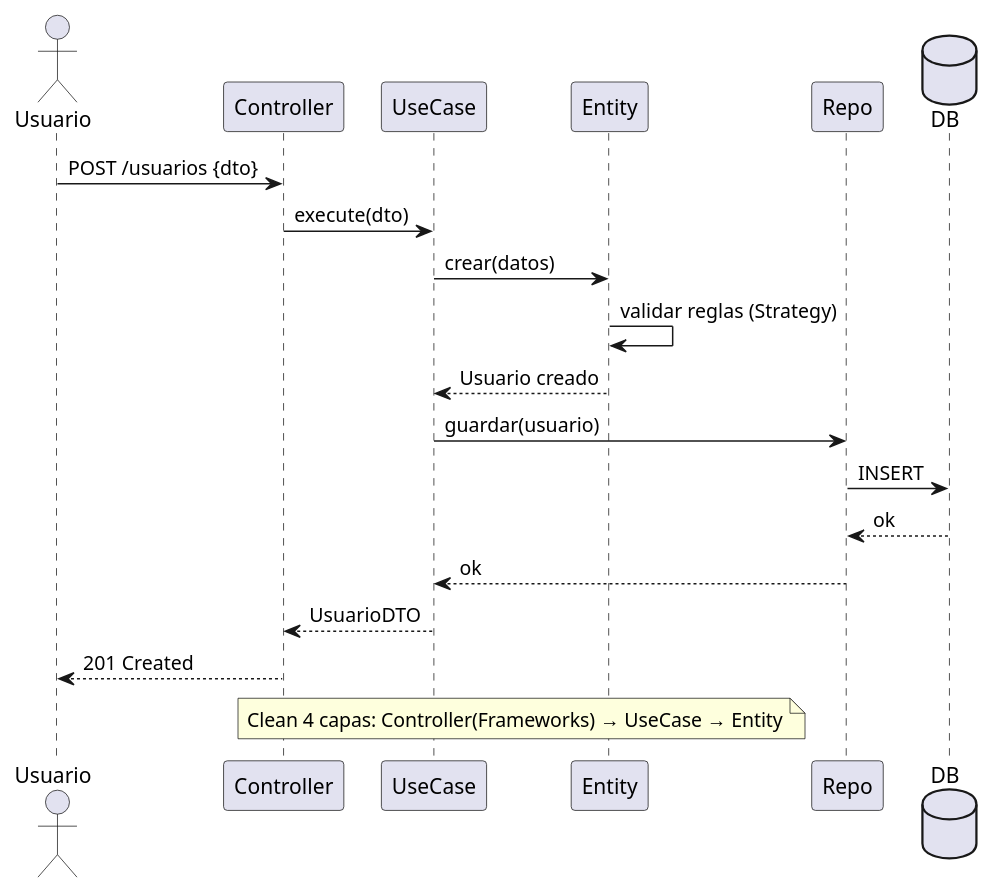
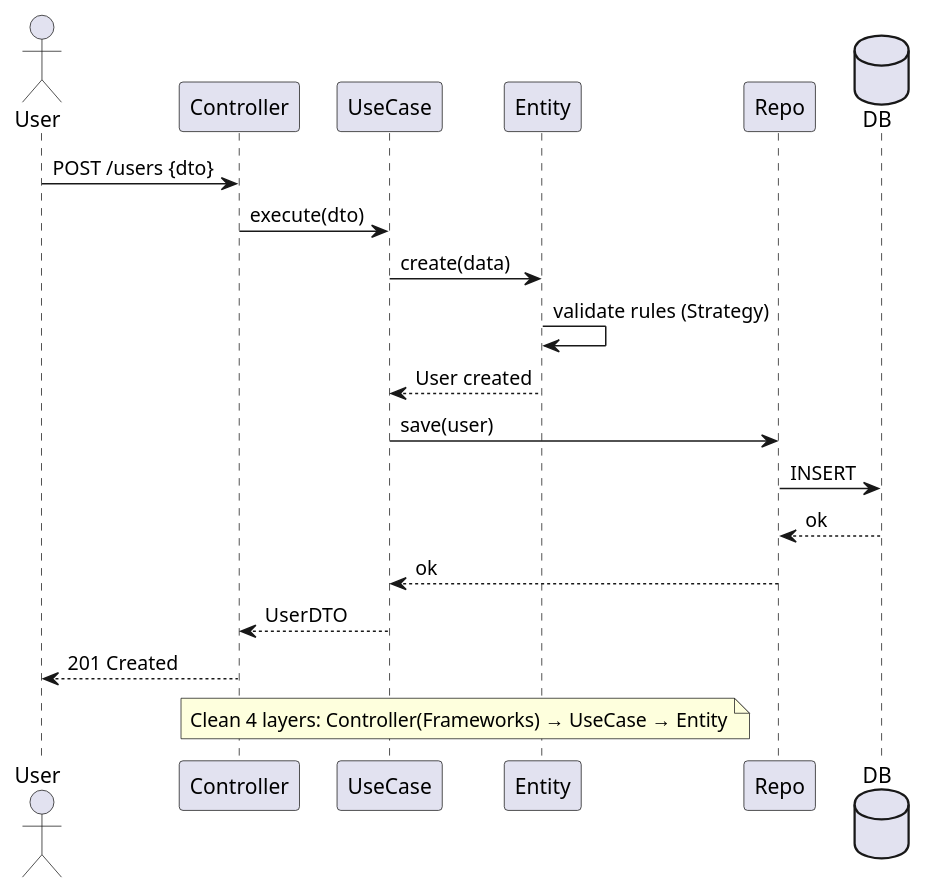
Before and after one commit to estebanmatias92/ooad-workflow: the diagram in templates/sequence-diagram.puml, drawn with PlantUML. The commit also changed 31 other files, not shown here.

```diff
--- a/templates/sequence-diagram.puml
+++ b/templates/sequence-diagram.puml
@@ -1,22 +1,22 @@
-@startuml Secuencia — CU-{{ NNN }} {{ Título }}
-actor Usuario
+@startuml Sequence — UC-{{ NNN }} {{ Title }}
+actor User
 participant Controller as Ctrl
 participant UseCase as UC
 participant Entity as Ent
 participant Repo as Repo
 database DB
 
-Usuario -> Ctrl : POST /usuarios {dto}
+User -> Ctrl : POST /users {dto}
 Ctrl -> UC : execute(dto)
-UC -> Ent : crear(datos)
-Ent -> Ent : validar reglas (Strategy)
-Ent --> UC : Usuario creado
-UC -> Repo : guardar(usuario)
+UC -> Ent : create(data)
+Ent -> Ent : validate rules (Strategy)
+Ent --> UC : User created
+UC -> Repo : save(user)
 Repo -> DB : INSERT
 DB --> Repo : ok
 Repo --> UC : ok
-UC --> Ctrl : UsuarioDTO
-Ctrl --> Usuario : 201 Created
+UC --> Ctrl : UserDTO
+Ctrl --> User : 201 Created
 
-note over UC, Ent : Clean 4 capas: Controller(Frameworks) → UseCase → Entity
+note over UC, Ent : Clean 4 layers: Controller(Frameworks) → UseCase → Entity
 @enduml
```
